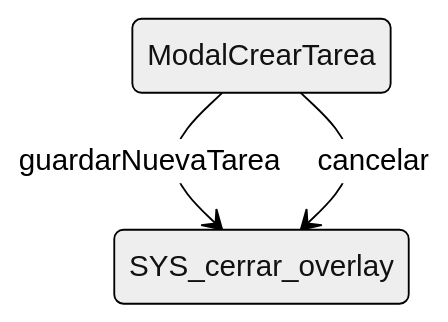
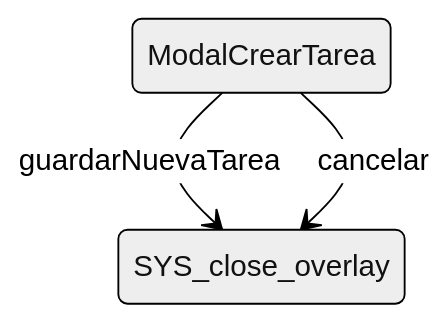
One commit to cepeche/Trenza-DSL changed the diagram in spec/docs/sistema/overlays/ModalCrearTarea.md. Above: the diagram before and after it, drawn with Mermaid (neutral theme). The commit also changed other lines of this file and 2250 other files, not shown here.

````diff
--- a/spec/docs/sistema/overlays/ModalCrearTarea.md
+++ b/spec/docs/sistema/overlays/ModalCrearTarea.md
@@ -18,5 +19,5 @@
 ```mermaid
 stateDiagram-v2
-    ModalCrearTarea --> SYS_cerrar_overlay : guardarNuevaTarea
-    ModalCrearTarea --> SYS_cerrar_overlay : cancelar
+    ModalCrearTarea --> SYS_close_overlay : guardarNuevaTarea
+    ModalCrearTarea --> SYS_close_overlay : cancelar
 ```
````
